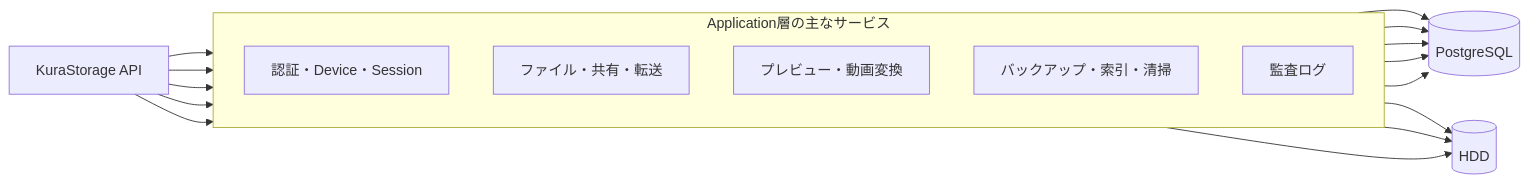
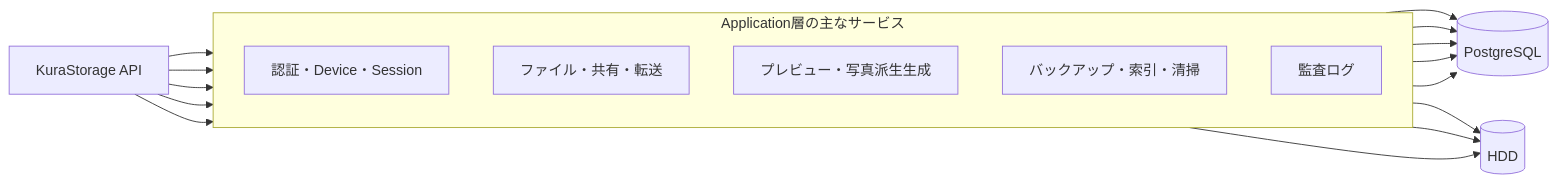
The second of 25 diagrams in docs/functional-design.md (ry825/Kura_Storage), drawn with Mermaid before and after one commit. The commit also changed other lines of this file and 115 other files, not shown here.

````diff
--- a/docs/functional-design.md
+++ b/docs/functional-design.md
@@ -168,31 +168,31 @@
 ```mermaid
 flowchart LR
     API["KuraStorage API"]
 
     subgraph Services["Application層の主なサービス"]
         direction TB
         Identity["認証・Device・Session"]
         Files["ファイル・共有・転送"]
-        Media["プレビュー・動画変換"]
+        Media["プレビュー・写真派生生成"]
         Backup["バックアップ・索引・清掃"]
         Audit["監査ログ"]
     end
 
     DB[("PostgreSQL")]
     HDD[("HDD")]
 
     API --> Identity
     API --> Files
     API --> Media
     API --> Backup
     API --> Audit
 
     Identity --> DB
     Files --> DB
     Files --> HDD
     Media --> DB
     Media --> HDD
     Backup --> DB
     Backup --> HDD
     Audit --> DB
 ```
````
